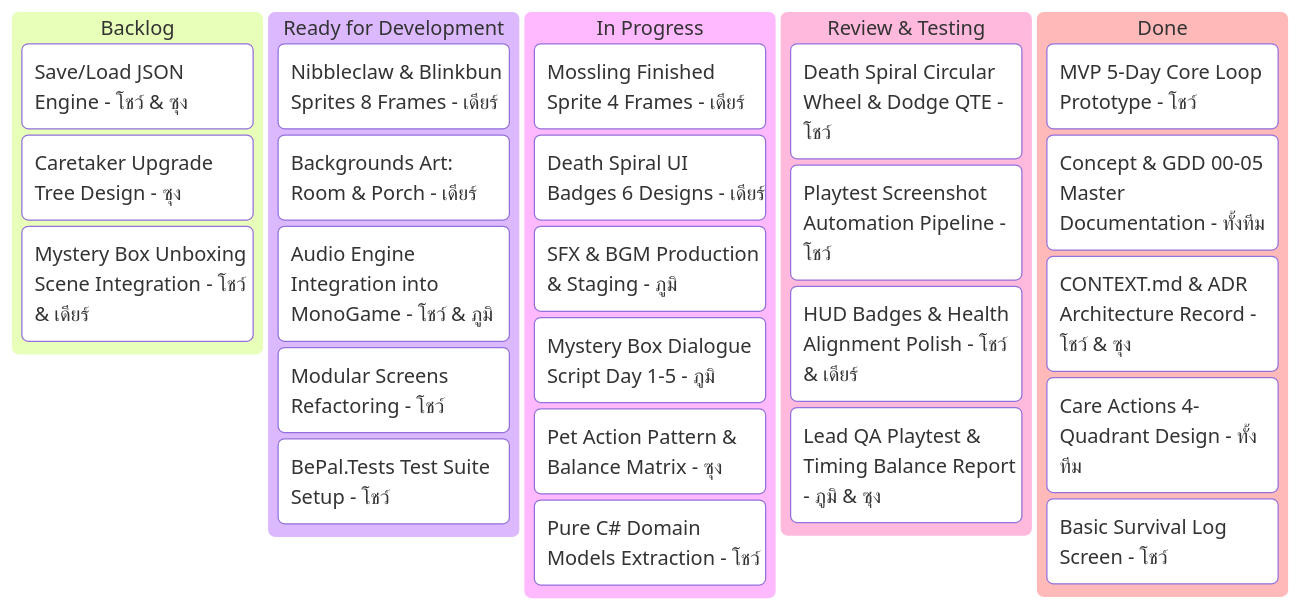
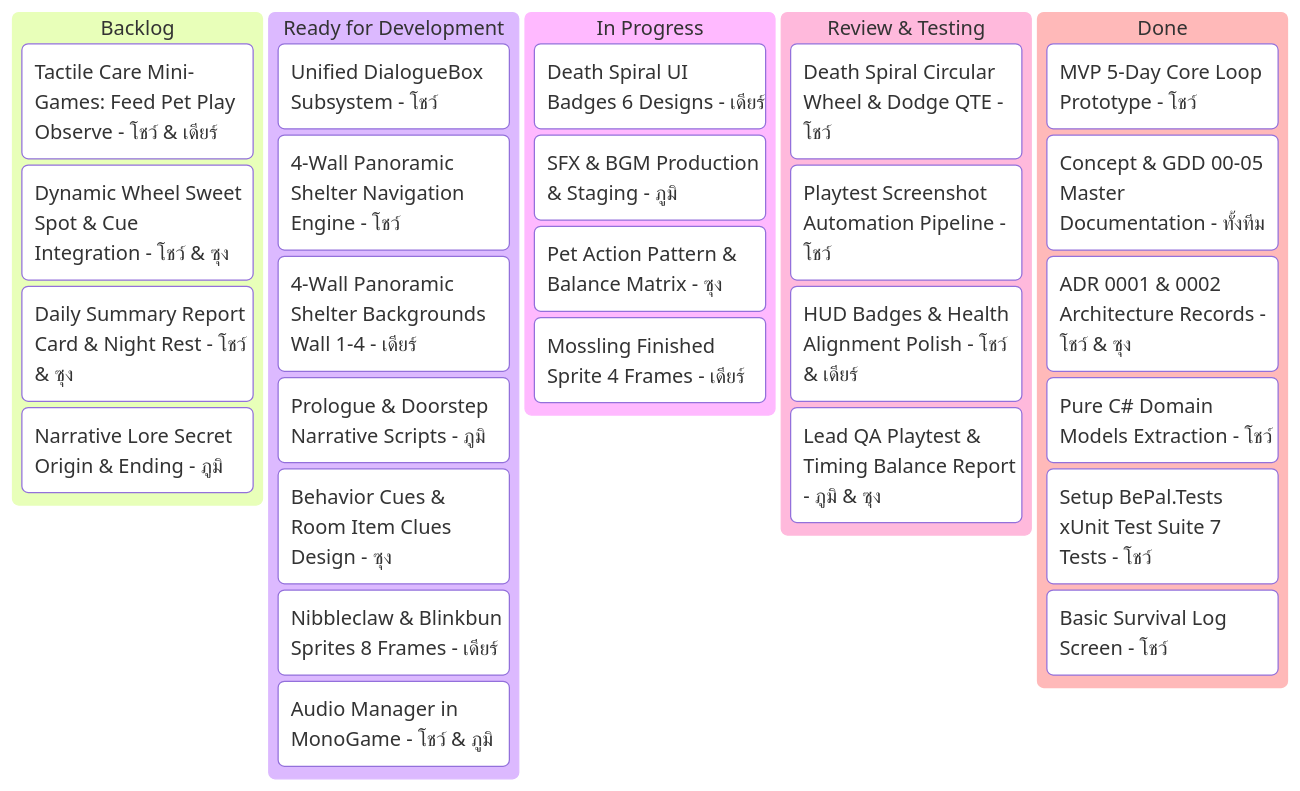
Before and after one commit to SShoww/Your-Story: the second of 2 diagrams in BEPAL/Docs/Agile/03-kanban-board.md, drawn with Mermaid. The commit also changed other lines of this file and 13 other files, not shown here.

First line of the commit message:
Align docs with 4-wall shelter design

````diff
--- a/BEPAL/Docs/Agile/03-kanban-board.md
+++ b/BEPAL/Docs/Agile/03-kanban-board.md
@@ -121,31 +56,33 @@
 ```mermaid
 kanban
   Backlog
-    [Save/Load JSON Engine - โชว์ & ซุง]
-    [Caretaker Upgrade Tree Design - ซุง]
-    [Mystery Box Unboxing Scene Integration - โชว์ & เดียร์]
+    [Tactile Care Mini-Games: Feed Pet Play Observe - โชว์ & เดียร์]
+    [Dynamic Wheel Sweet Spot & Cue Integration - โชว์ & ซุง]
+    [Daily Summary Report Card & Night Rest - โชว์ & ซุง]
+    [Narrative Lore Secret Origin & Ending - ภูมิ]
   Ready for Development
+    [Unified DialogueBox Subsystem - โชว์]
+    [4-Wall Panoramic Shelter Navigation Engine - โชว์]
+    [4-Wall Panoramic Shelter Backgrounds Wall 1-4 - เดียร์]
+    [Prologue & Doorstep Narrative Scripts - ภูมิ]
+    [Behavior Cues & Room Item Clues Design - ซุง]
     [Nibbleclaw & Blinkbun Sprites 8 Frames - เดียร์]
-    [Backgrounds Art: Room & Porch - เดียร์]
-    [Audio Engine Integration into MonoGame - โชว์ & ภูมิ]
-    [Modular Screens Refactoring - โชว์]
-    [BePal.Tests Test Suite Setup - โชว์]
+    [Audio Manager in MonoGame - โชว์ & ภูมิ]
   In Progress
-    [Mossling Finished Sprite 4 Frames - เดียร์]
     [Death Spiral UI Badges 6 Designs - เดียร์]
     [SFX & BGM Production & Staging - ภูมิ]
-    [Mystery Box Dialogue Script Day 1-5 - ภูมิ]
     [Pet Action Pattern & Balance Matrix - ซุง]
-    [Pure C# Domain Models Extraction - โชว์]
+    [Mossling Finished Sprite 4 Frames - เดียร์]
   Review & Testing
     [Death Spiral Circular Wheel & Dodge QTE - โชว์]
     [Playtest Screenshot Automation Pipeline - โชว์]
     [HUD Badges & Health Alignment Polish - โชว์ & เดียร์]
     [Lead QA Playtest & Timing Balance Report - ภูมิ & ซุง]
   Done
     [MVP 5-Day Core Loop Prototype - โชว์]
     [Concept & GDD 00-05 Master Documentation - ทั้งทีม]
-    [CONTEXT.md & ADR Architecture Record - โชว์ & ซุง]
-    [Care Actions 4-Quadrant Design - ทั้งทีม]
+    [ADR 0001 & 0002 Architecture Records - โชว์ & ซุง]
+    [Pure C# Domain Models Extraction - โชว์]
+    [Setup BePal.Tests xUnit Test Suite 7 Tests - โชว์]
     [Basic Survival Log Screen - โชว์]
 ```
````
